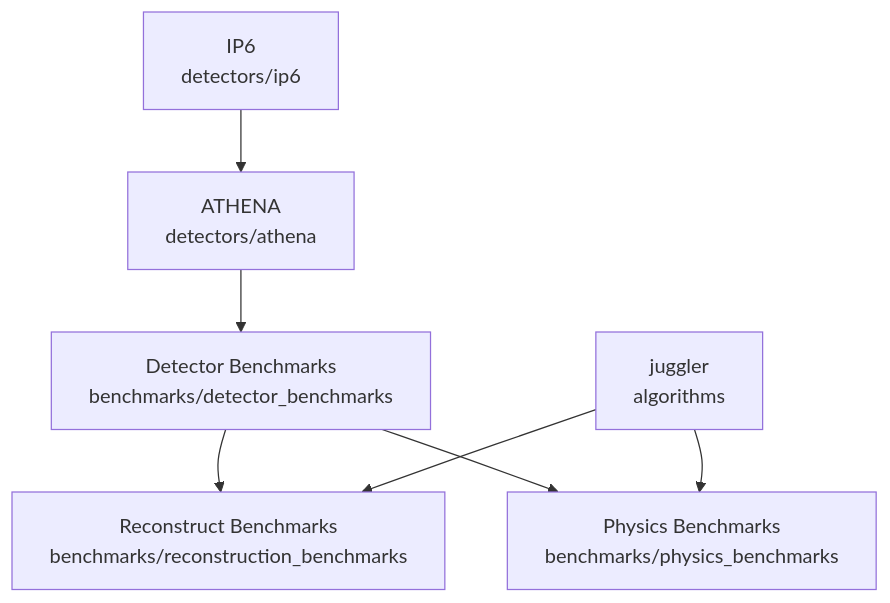
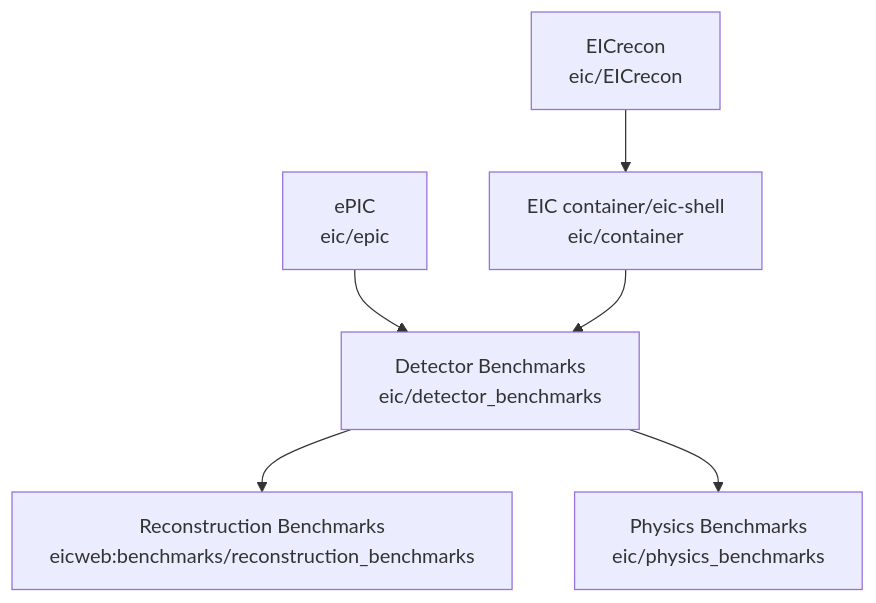
One commit to eic/physics_benchmarks changed the diagram in README.md. Above: the diagram before and after it, drawn with Mermaid. The commit also changed other lines of this file, not shown here.

````diff
--- a/README.md
+++ b/README.md
@@ -80,9 +78,8 @@
 ```mermaid
 graph TD;
-  ip[IP6<br>detectors/ip6] --> athena[ATHENA<br>detectors/athena]
-  athena-->db[Detector Benchmarks<br>benchmarks/detector_benchmarks];
-  db-->rb[Reconstruct Benchmarks<br>benchmarks/reconstruction_benchmarks];
-  db-->pb[Physics Benchmarks<br>benchmarks/physics_benchmarks];
-  juggler[juggler<br>algorithms]-->rb;
-  juggler-->pb;
+  epic[ePIC<br>eic/epic]-->db[Detector Benchmarks<br>eic/detector_benchmarks];
+  db-->rb[Reconstruction Benchmarks<br>eicweb:benchmarks/reconstruction_benchmarks];
+  db-->pb[Physics Benchmarks<br>eic/physics_benchmarks];
+  eicrecon[EICrecon<br>eic/EICrecon]-->container[EIC container/eic-shell<br>eic/container];
+  container-->db;
 ```
````
